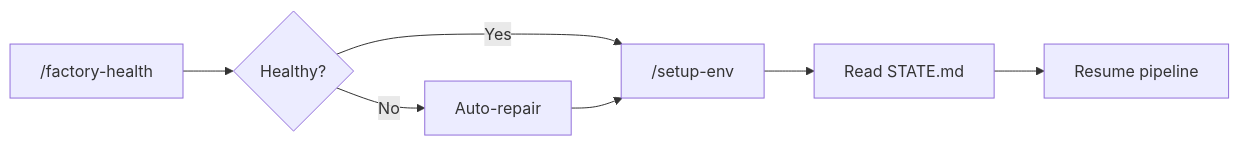
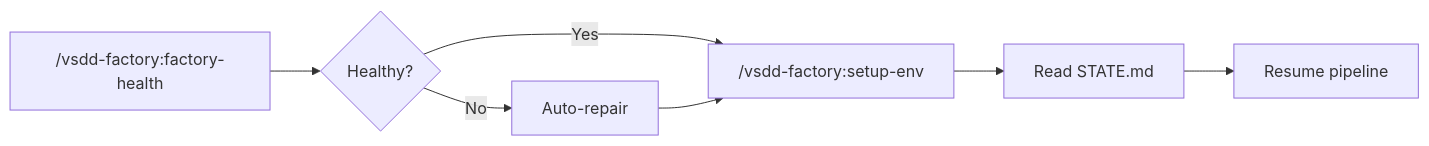
One commit to drbothen/vsdd-factory changed the diagram in docs/guide/getting-started.md. Above: the diagram before and after it, drawn with Mermaid. The commit also changed other lines of this file and 16 other files, not shown here.

First line of the commit message:
docs: add vsdd-factory: namespace prefix to all command references

````diff
--- a/docs/guide/getting-started.md
+++ b/docs/guide/getting-started.md
@@ -102,9 +102,9 @@
 ```mermaid
 graph LR
-    A["/factory-health"] --> B{Healthy?}
-    B -->|Yes| C["/setup-env"]
+    A["/vsdd-factory:factory-health"] --> B{Healthy?}
+    B -->|Yes| C["/vsdd-factory:setup-env"]
     B -->|No| D["Auto-repair"]
     D --> C
     C --> E["Read STATE.md"]
     E --> F["Resume pipeline"]
 ```
````
